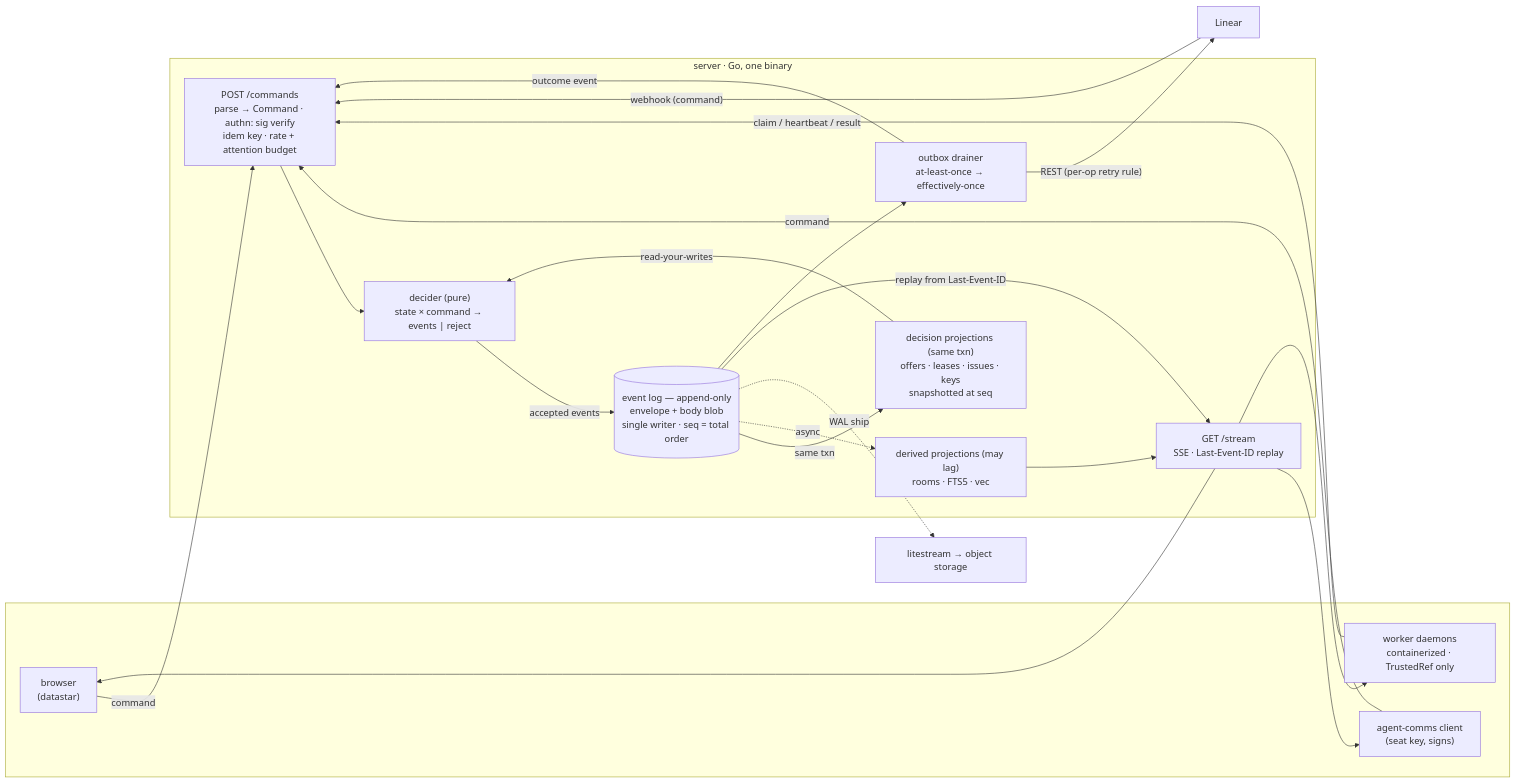
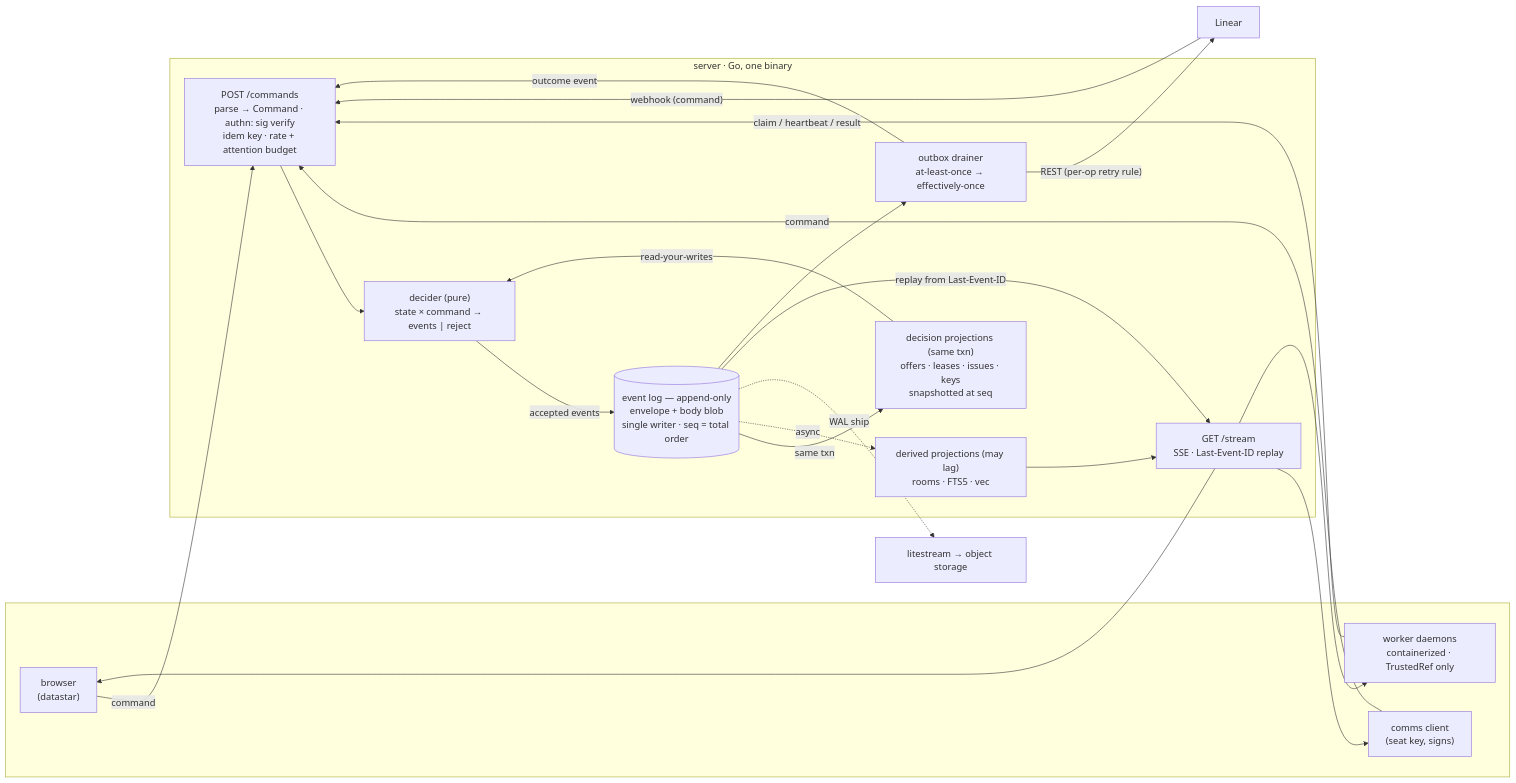
The diagram in docs/ARCHITECTURE.md (escherize/comms), drawn with Mermaid before and after one commit. The commit also changed other lines of this file and 64 other files, not shown here.

````diff
--- a/docs/ARCHITECTURE.md
+++ b/docs/ARCHITECTURE.md
@@ -7,37 +7,37 @@
 ```mermaid
 flowchart LR
     subgraph clients[" "]
         H["browser<br/>(datastar)"]
-        A["agent-comms client<br/>(seat key, signs)"]
+        A["comms client<br/>(seat key, signs)"]
         W["worker daemons<br/>containerized · TrustedRef only"]
     end
     LIN["Linear"]
     subgraph server["server · Go, one binary"]
         CMD["POST /commands<br/>parse → Command · authn: sig verify<br/>idem key · rate + attention budget"]
         CORE["decider (pure)<br/>state × command → events | reject"]
         LOG[("event log — append-only<br/>envelope + body blob<br/>single writer · seq = total order")]
         PROJ["decision projections (same txn)<br/>offers · leases · issues · keys<br/>snapshotted at seq"]
         DER["derived projections (may lag)<br/>rooms · FTS5 · vec"]
         SSE["GET /stream<br/>SSE · Last-Event-ID replay"]
         OUT["outbox drainer<br/>at-least-once → effectively-once"]
     end
     LS["litestream → object storage"]
     H -- "command" --> CMD
     A -- "command" --> CMD
     W -- "claim / heartbeat / result" --> CMD
     LIN -- "webhook (command)" --> CMD
     CMD --> CORE
     CORE -- "accepted events" --> LOG
     LOG -- "same txn" --> PROJ
     LOG -. "async" .-> DER
     LOG -. "WAL ship" .-> LS
     PROJ -- "read-your-writes" --> CORE
     LOG -- "replay from Last-Event-ID" --> SSE
     DER --> SSE
     LOG --> OUT
     OUT -- "REST (per-op retry rule)" --> LIN
     OUT -- "outcome event" --> CMD
     SSE --> H
     SSE --> A
     SSE --> W
 ```
````
